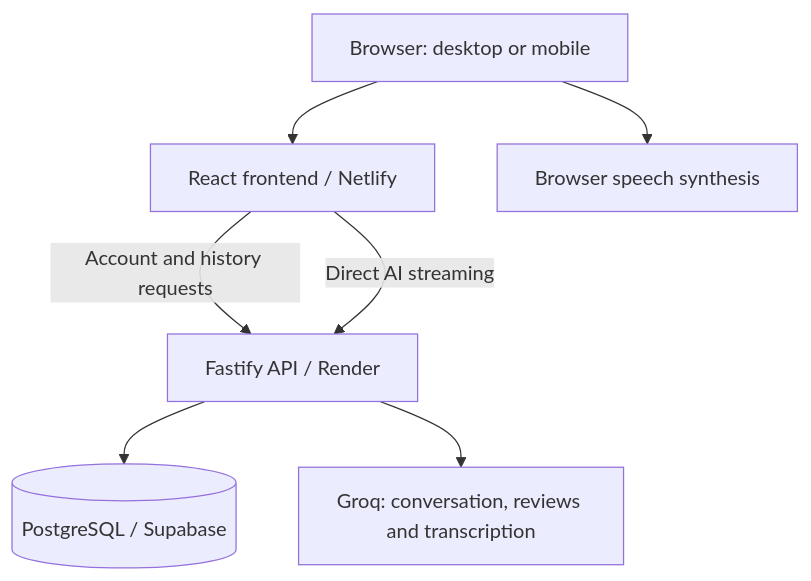
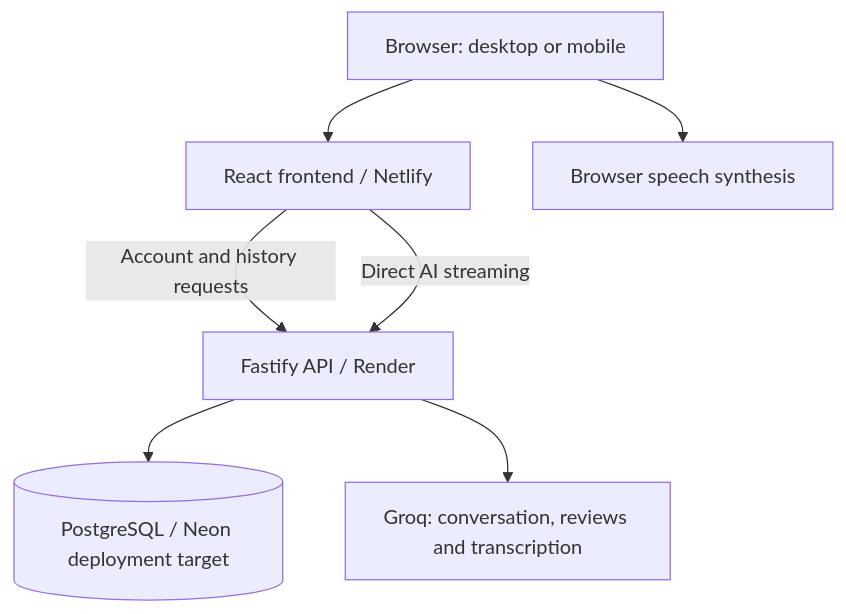
The second of 2 diagrams in docs/ENGINEERING.md (Laabh-Gupta/argu-lab), drawn with Mermaid before and after one commit. The commit also changed other lines of this file and 3 other files, not shown here.

Commit message:
Document the staged migration to Neon PostgreSQL

````diff
--- a/docs/ENGINEERING.md
+++ b/docs/ENGINEERING.md
@@ -58,9 +58,9 @@
 ```mermaid
 flowchart TD
     U[Browser: desktop or mobile] --> F[React frontend / Netlify]
     F -->|Account and history requests| A[Fastify API / Render]
     F -->|Direct AI streaming| A
-    A --> D[(PostgreSQL / Supabase)]
+    A --> D[(PostgreSQL / Neon deployment target)]
     A --> G[Groq: conversation, reviews and transcription]
     U --> S[Browser speech synthesis]
 ```
````
